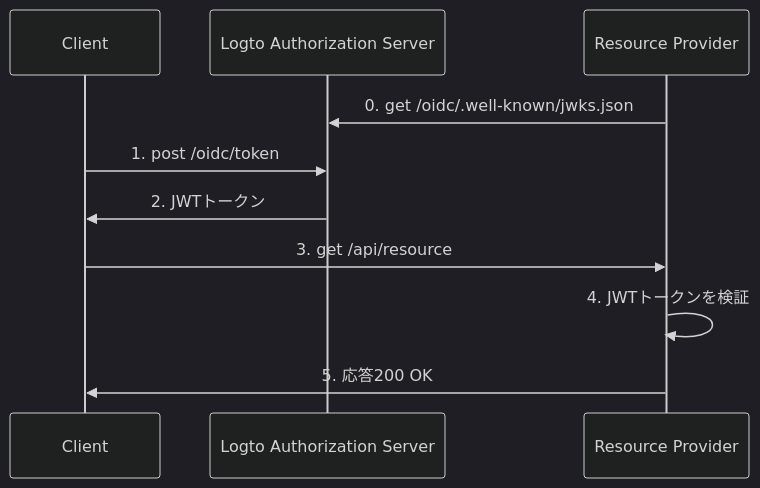
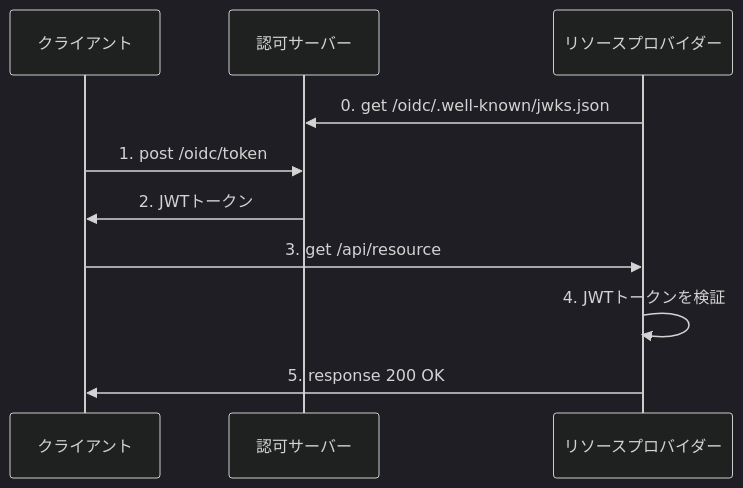
One commit to logto-io/auth-wiki changed the second of 2 diagrams in src/content/terms/ja/opaque-token.mdx. Above: the diagram before and after it, drawn with Mermaid (dark theme). The commit also changed other lines of this file and 98 other files, not shown here.

````diff
--- a/src/content/terms/ja/opaque-token.mdx
+++ b/src/content/terms/ja/opaque-token.mdx
@@ -73,16 +73,16 @@
 ```mermaid
 
 sequenceDiagram
-    participant C as Client
-    participant AS as Logto Authorization Server
-    participant RP as Resource Provider
+    participant C as クライアント
+    participant AS as 認可サーバー
+    participant RP as リソースプロバイダー
 
     RP ->> AS: 0. get /oidc/.well-known/jwks.json
 
     C ->> AS: 1. post /oidc/token
     AS ->> C: 2. JWTトークン
     C ->> RP: 3. get /api/resource
     RP ->> RP: 4. JWTトークンを検証
-    RP ->> C: 5. 応答200 OK
+    RP ->> C: 5. response 200 OK
 
 ```
````
